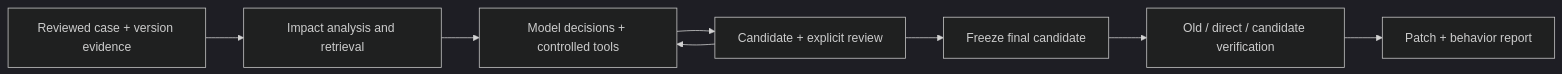
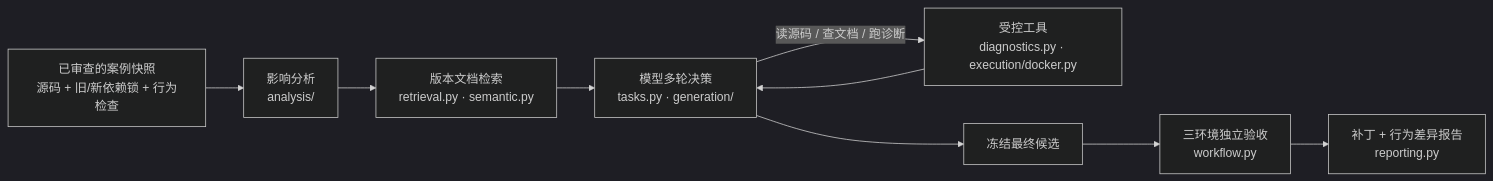
One commit to PlainSightX/upgrade-workbench changed the diagram in README.md. Above: the diagram before and after it, drawn with Mermaid (dark theme). The commit also changed other lines of this file and 21 other files, not shown here.

````diff
--- a/README.md
+++ b/README.md
@@ -33,10 +52,11 @@
 ```mermaid
 flowchart LR
-    A[Reviewed case + version evidence] --> B[Impact analysis and retrieval]
-    B --> C[Model decisions + controlled tools]
-    C --> D[Candidate + explicit review]
-    D --> C
-    D --> E[Freeze final candidate]
-    E --> F[Old / direct / candidate verification]
-    F --> G[Patch + behavior report]
+    A[已审查的案例快照<br/>源码 + 旧/新依赖锁 + 行为检查] --> B[影响分析<br/>analysis/]
+    B --> C[版本文档检索<br/>retrieval.py · semantic.py]
+    C --> D[模型多轮决策<br/>tasks.py · generation/]
+    D -->|读源码 / 查文档 / 跑诊断| E[受控工具<br/>diagnostics.py · execution/docker.py]
+    E --> D
+    D --> F[冻结最终候选]
+    F --> G[三环境独立验收<br/>workflow.py]
+    G --> H[补丁 + 行为差异报告<br/>reporting.py]
 ```
````
